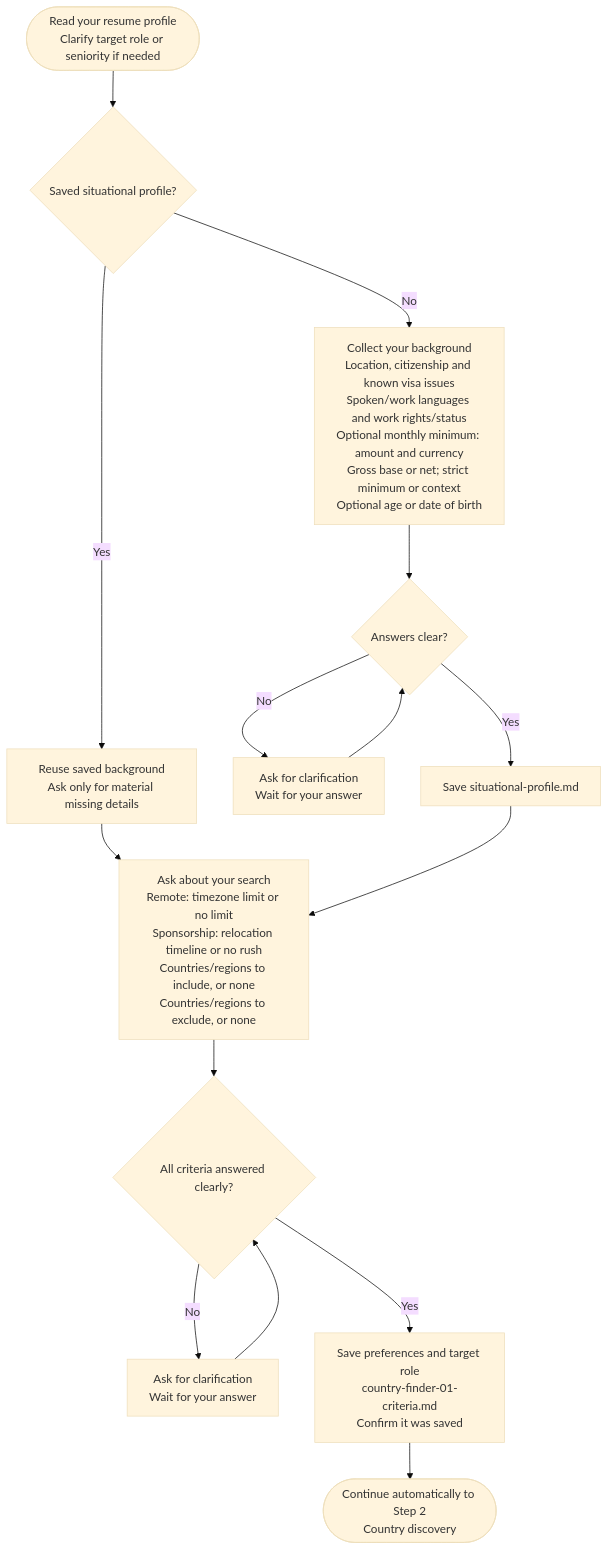
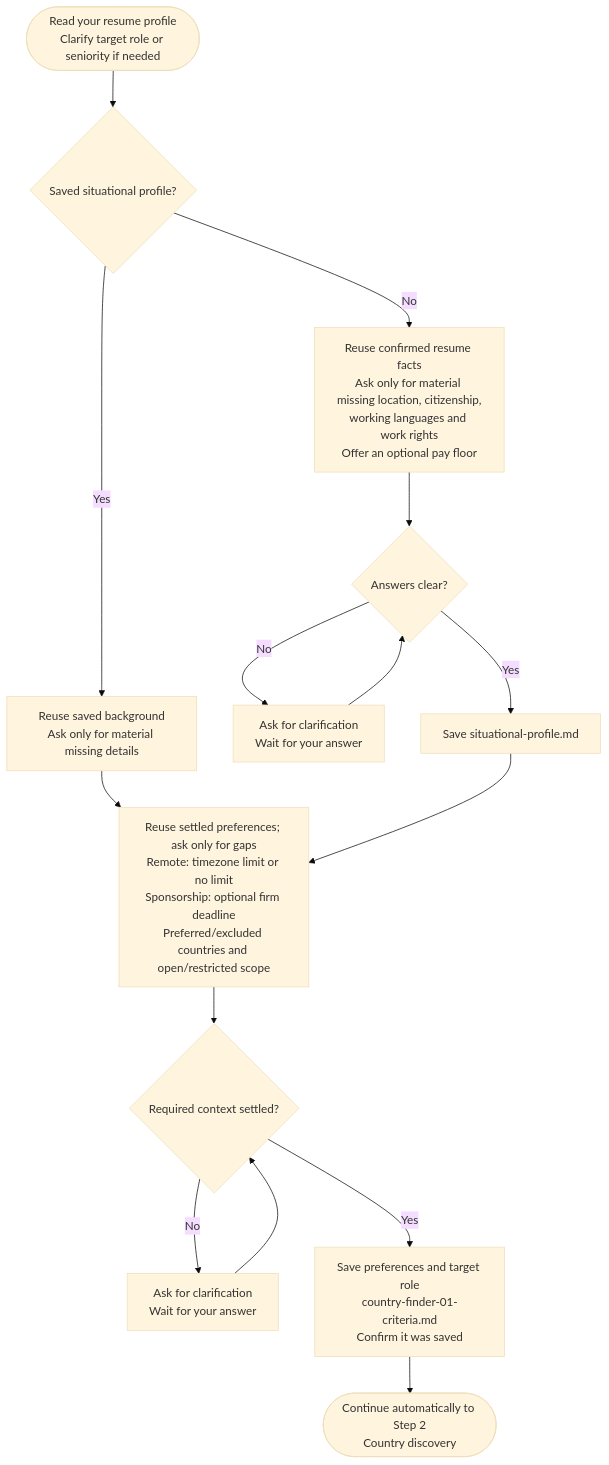
One commit to myowinthein/agent-compass changed the diagram in docs/commands/country-finder/step1-criteria-intake/detailed.md. Above: the diagram before and after it, drawn with Mermaid (base theme). The commit also changed other lines of this file and 13 other files, not shown here.

First line of the commit message:
fix(country-finder): ask only material intake questions

````diff
--- a/docs/commands/country-finder/step1-criteria-intake/detailed.md
+++ b/docs/commands/country-finder/step1-criteria-intake/detailed.md
@@ -23,18 +24,18 @@
 ```mermaid
 flowchart TD
   Start(["Read your resume profile<br/>Clarify target role or seniority if needed"]) --> Existing{"Saved situational profile?"}
   Existing -->|Yes| Reuse["Reuse saved background<br/>Ask only for material missing details"]
-  Existing -->|No| Background["Collect your background<br/>Location, citizenship and known visa issues<br/>Spoken/work languages and work rights/status<br/>Optional monthly minimum: amount and currency<br/>Gross base or net; strict minimum or context<br/>Optional age or date of birth"]
+  Existing -->|No| Background["Reuse confirmed resume facts<br/>Ask only for material missing location, citizenship,<br/>working languages and work rights<br/>Offer an optional pay floor"]
   Background --> BackgroundClear{"Answers clear?"}
   BackgroundClear -->|No| ClarifyBackground["Ask for clarification<br/>Wait for your answer"]
   ClarifyBackground --> BackgroundClear
   BackgroundClear -->|Yes| SaveBackground["Save situational-profile.md"]
 
-  Reuse --> Criteria["Ask about your search<br/>Remote: timezone limit or no limit<br/>Sponsorship: relocation timeline or no rush<br/>Countries/regions to include, or none<br/>Countries/regions to exclude, or none"]
+  Reuse --> Criteria["Reuse settled preferences; ask only for gaps<br/>Remote: timezone limit or no limit<br/>Sponsorship: optional firm deadline<br/>Preferred/excluded countries and open/restricted scope"]
   SaveBackground --> Criteria
-  Criteria --> CriteriaClear{"All criteria answered clearly?"}
+  Criteria --> CriteriaClear{"Required context settled?"}
   CriteriaClear -->|No| ClarifyCriteria["Ask for clarification<br/>Wait for your answer"]
   ClarifyCriteria --> CriteriaClear
   CriteriaClear -->|Yes| Save["Save preferences and target role<br/>country-finder-01-criteria.md<br/>Confirm it was saved"]
   Save --> Continue(["Continue automatically to Step 2<br/>Country discovery"])
 ```
````
